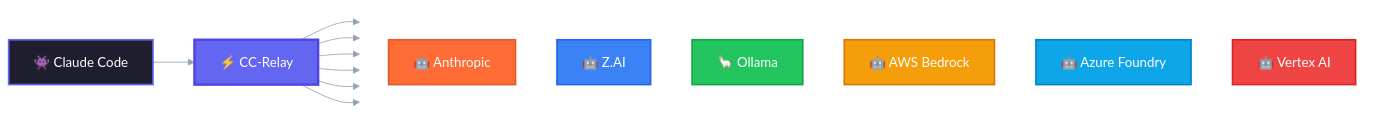
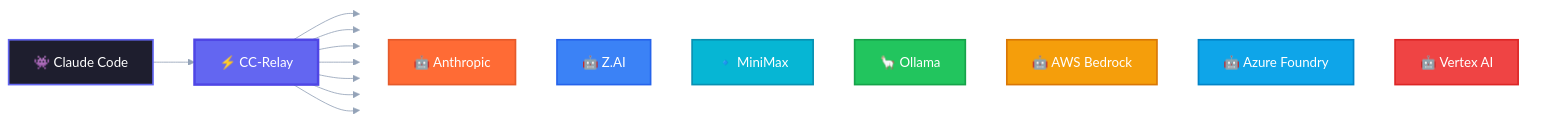
Before and after one commit to omarluq/cc-relay: the diagram in README.md, drawn with Mermaid. The commit also changed other lines of this file, not shown here.

````diff
--- a/README.md
+++ b/README.md
@@ -47,35 +48,38 @@
 ```mermaid
 %%{init: {'theme': 'base', 'themeVariables': { 'primaryColor': '#6366f1', 'primaryTextColor': '#fff', 'primaryBorderColor': '#4f46e5', 'lineColor': '#94a3b8', 'secondaryColor': 'transparent', 'tertiaryColor': 'transparent', 'background': 'transparent', 'mainBkg': 'transparent', 'nodeBorder': '#4f46e5', 'clusterBkg': 'transparent', 'clusterBorder': 'transparent', 'titleColor': '#1e293b', 'edgeLabelBackground': 'transparent'}}}%%
 
 flowchart LR
     CC["👾 Claude Code"]
     RELAY["⚡ CC-Relay"]
 
     subgraph providers[" "]
         direction TB
         ANT["🤖 Anthropic"]
         ZAI["🤖 Z.AI"]
+        MINI["🔹 MiniMax"]
         OLL["🦙 Ollama"]
         BED["🤖 AWS Bedrock"]
         AZU["🤖 Azure Foundry"]
         VTX["🤖 Vertex AI"]
     end
 
     CC --> RELAY
     RELAY --> ANT
     RELAY --> ZAI
+    RELAY --> MINI
     RELAY --> OLL
     RELAY --> BED
     RELAY --> AZU
     RELAY --> VTX
 
     style CC fill:#1e1e2e,stroke:#6366f1,stroke-width:2px,color:#fff
     style RELAY fill:#6366f1,stroke:#4f46e5,stroke-width:3px,color:#fff
     style ANT fill:#ff6b35,stroke:#e55a2b,stroke-width:2px,color:#fff
     style ZAI fill:#3b82f6,stroke:#2563eb,stroke-width:2px,color:#fff
+    style MINI fill:#06b6d4,stroke:#0891b2,stroke-width:2px,color:#fff
     style OLL fill:#22c55e,stroke:#16a34a,stroke-width:2px,color:#fff
     style BED fill:#f59e0b,stroke:#d97706,stroke-width:2px,color:#fff
     style AZU fill:#0ea5e9,stroke:#0284c7,stroke-width:2px,color:#fff
     style VTX fill:#ef4444,stroke:#dc2626,stroke-width:2px,color:#fff
     style providers fill:transparent,stroke:transparent
 ```
````
